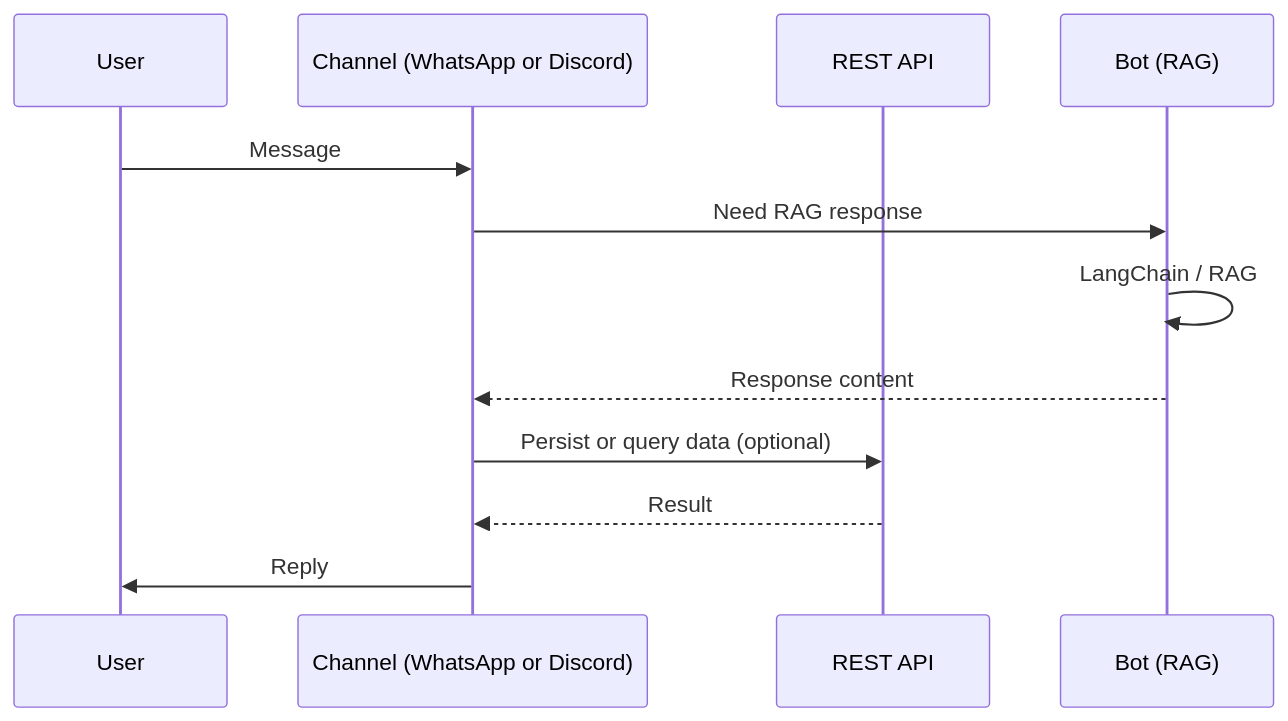
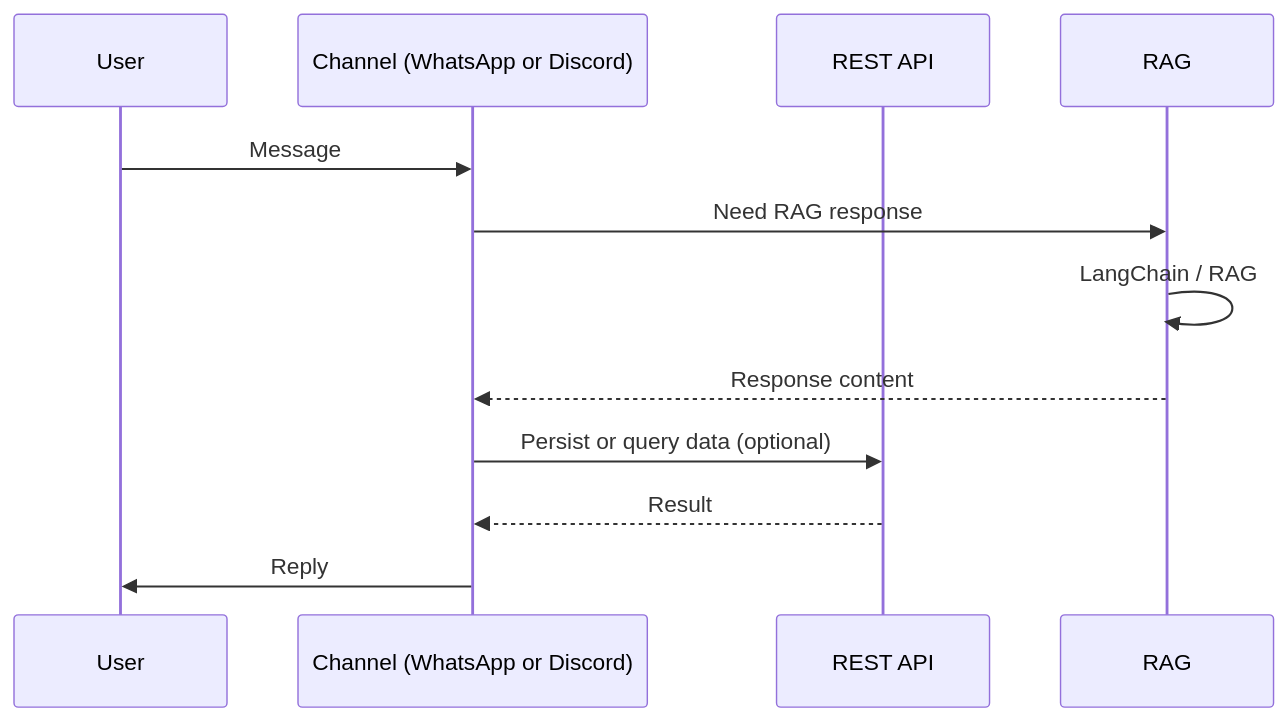
One commit to sorocode-comunidade/swanytello changed the third of 3 diagrams in README.md. Above: the diagram before and after it, drawn with Mermaid. The commit also changed other lines of this file and 36 other files, not shown here.

````diff
--- a/README.md
+++ b/README.md
@@ -125,15 +127,15 @@
 ```mermaid
 sequenceDiagram
   participant User
   participant Channel as Channel (WhatsApp or Discord)
   participant API as REST API
-  participant Bot as Bot (RAG)
+  participant RAG as RAG
 
   User->>Channel: Message
-  Channel->>Bot: Need RAG response
-  Bot->>Bot: LangChain / RAG
-  Bot-->>Channel: Response content
+  Channel->>RAG: Need RAG response
+  RAG->>RAG: LangChain / RAG
+  RAG-->>Channel: Response content
   Channel->>API: Persist or query data (optional)
   API-->>Channel: Result
   Channel->>User: Reply
 ```
````
